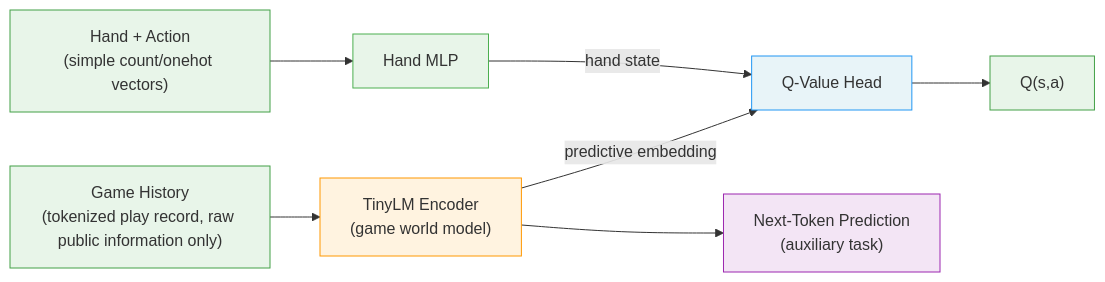
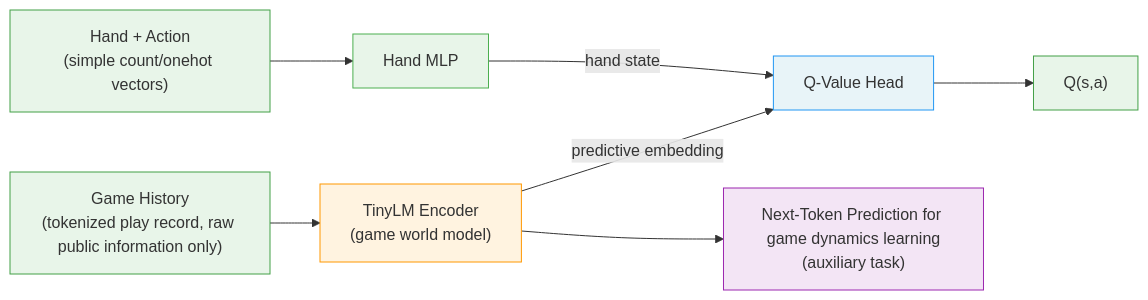
Before and after one commit to chengchen9583-sudo/DanLM-cloud: the second of 2 diagrams in README.md, drawn with Mermaid. The commit also changed other lines of this file, not shown here.

First line of the commit message:
Revise README to highlight next-token prediction method

````diff
--- a/README.md
+++ b/README.md
@@ -35,19 +35,19 @@
 ```mermaid
 graph LR
     history["Game History<br/>(tokenized play record, raw public information only)"] --> encoder["TinyLM Encoder<br/>(game world model)"]
     hand["Hand + Action<br/>(simple count/onehot vectors)"] --> handmlp["Hand MLP"]
 
     encoder -->|"predictive embedding"| qhead["Q-Value Head"]
-    encoder -->ntp["Next-Token Prediction<br/>(auxiliary task)"]
+    encoder -->ntp["Next-Token Prediction for game dynamics learning<br/>(auxiliary task)"]
     handmlp -->|"hand state"| qhead
     qhead --> q2["Q(s,a)"]
 
     style ntp fill:#f3e5f5,stroke:#9C27B0
 
     style history fill:#e8f5e9,stroke:#43A047
     style hand fill:#e8f5e9,stroke:#43A047
     style encoder fill:#fff3e0,stroke:#FF9800
     style handmlp fill:#e8f5e9,stroke:#4CAF50
     style qhead fill:#e8f4f8,stroke:#2196F3
     style q2 fill:#e8f5e9,stroke:#43A047
 ```
````
